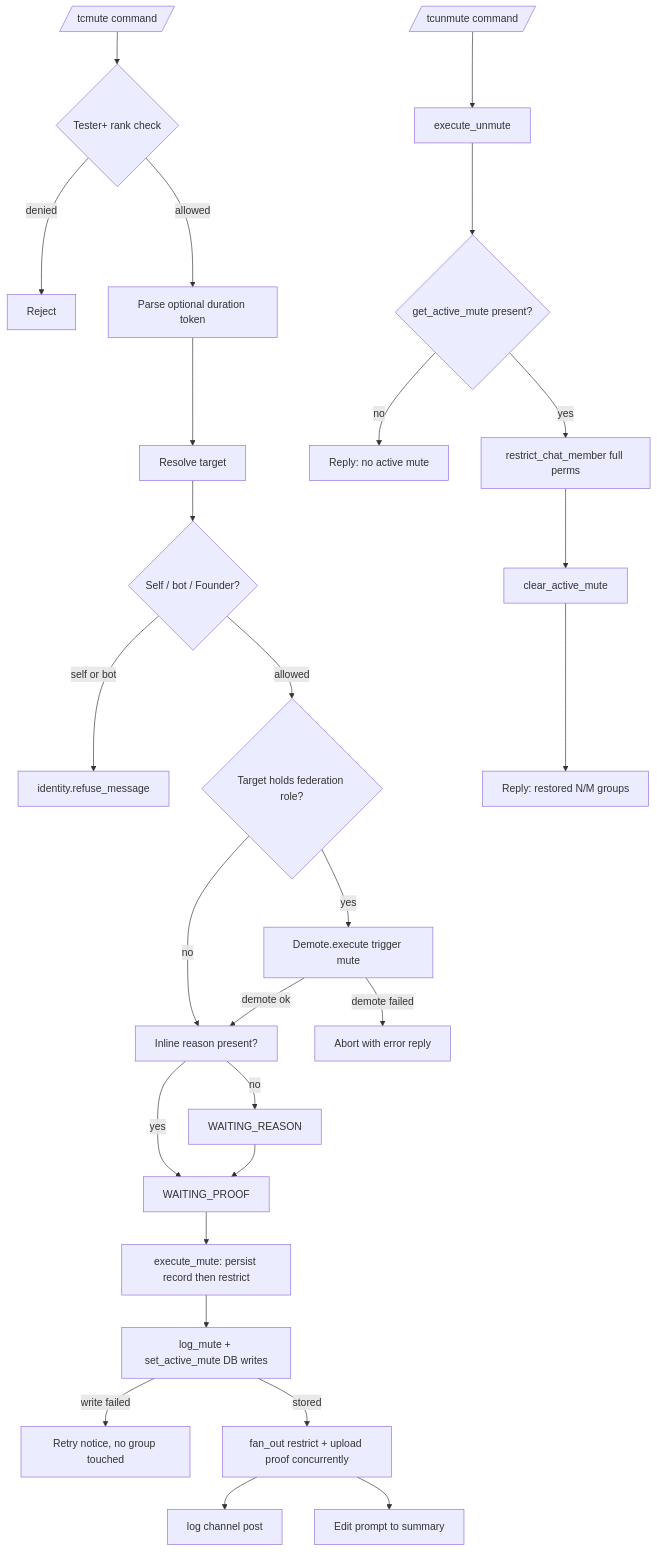
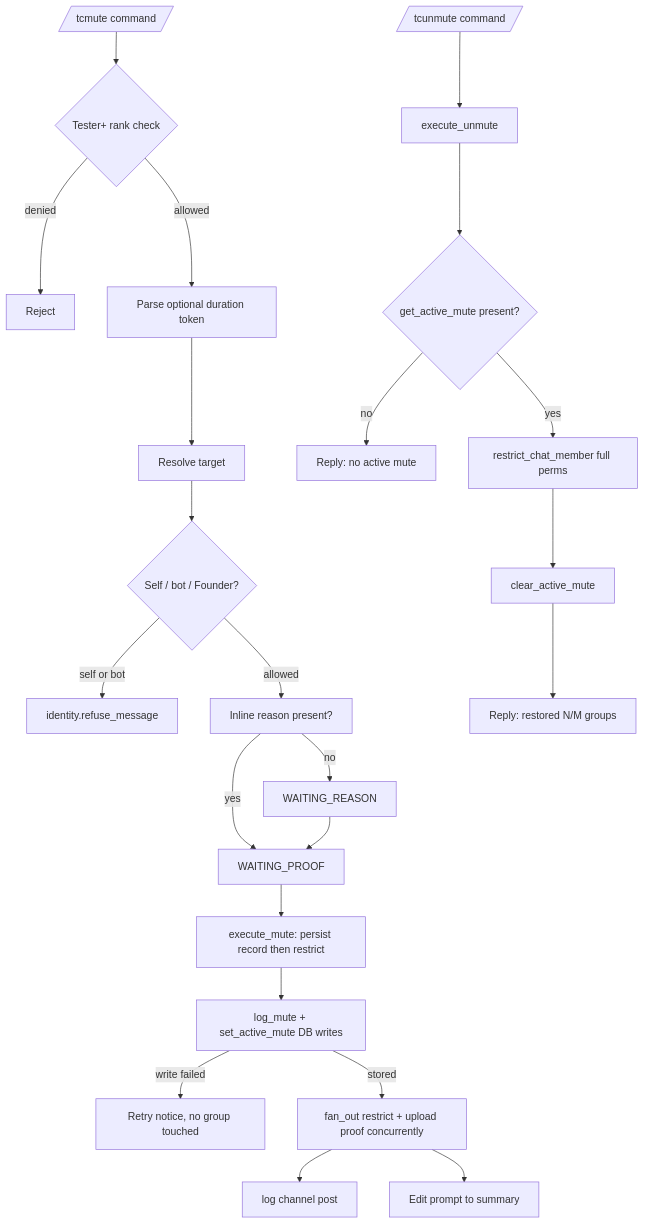
The diagram in docs/features/moderation/muting.md (D1ZZY4/tcbot), drawn with Mermaid before and after one commit. The commit also changed other lines of this file and 15 other files, not shown here.

First line of the commit message:
fix(moderation): remove the federation role when the action is enforced

````diff
--- a/docs/features/moderation/muting.md
+++ b/docs/features/moderation/muting.md
@@ -11,29 +11,25 @@
 ```mermaid
 flowchart TD
     Cmd[/tcmute command/] --> Perm{Tester+ rank check}
     Perm -->|denied| End1[Reject]
     Perm -->|allowed| Duration[Parse optional duration token]
     Duration --> Target[Resolve target]
     Target --> Ident{Self / bot / Founder?}
     Ident -->|self or bot| Refuse[identity.refuse_message]
-    Ident -->|allowed| RoleCheck{Target holds federation role?}
-    RoleCheck -->|yes| AutoDemote[Demote.execute trigger mute]
-    RoleCheck -->|no| ReasonStep
-    AutoDemote -->|demote failed| Abort[Abort with error reply]
-    AutoDemote -->|demote ok| ReasonStep[Inline reason present?]
+    Ident -->|allowed| ReasonStep[Inline reason present?]
     ReasonStep -->|yes| ProofStep[WAITING_PROOF]
     ReasonStep -->|no| ReasonPrompt[WAITING_REASON]
     ReasonPrompt --> ProofStep
     ProofStep --> Exec[execute_mute: persist record then restrict]
     Exec --> Store[log_mute + set_active_mute DB writes]
     Store -->|write failed| AbortM[Retry notice, no group touched]
     Store -->|stored| FanOut[fan_out restrict + upload proof concurrently]
     FanOut --> Log[log channel post]
     FanOut --> Reply[Edit prompt to summary]
     Unmute[/tcunmute command/] --> ExecU[execute_unmute]
     ExecU --> Guard{get_active_mute present?}
     Guard -->|no| NoMute[Reply: no active mute]
     Guard -->|yes| Restore[restrict_chat_member full perms]
     Restore --> Clear[clear_active_mute]
     Clear --> ReplyU[Reply: restored N/M groups]
 ```
````
